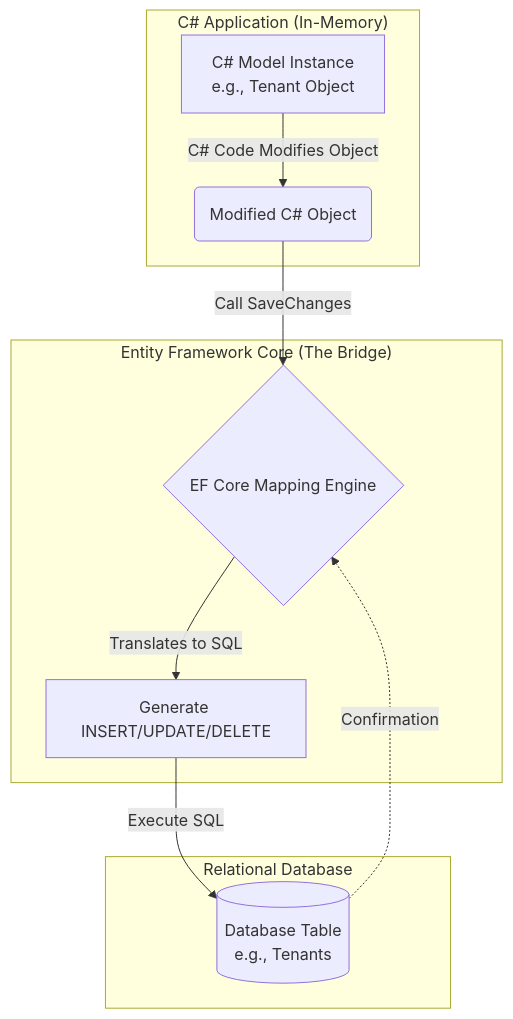
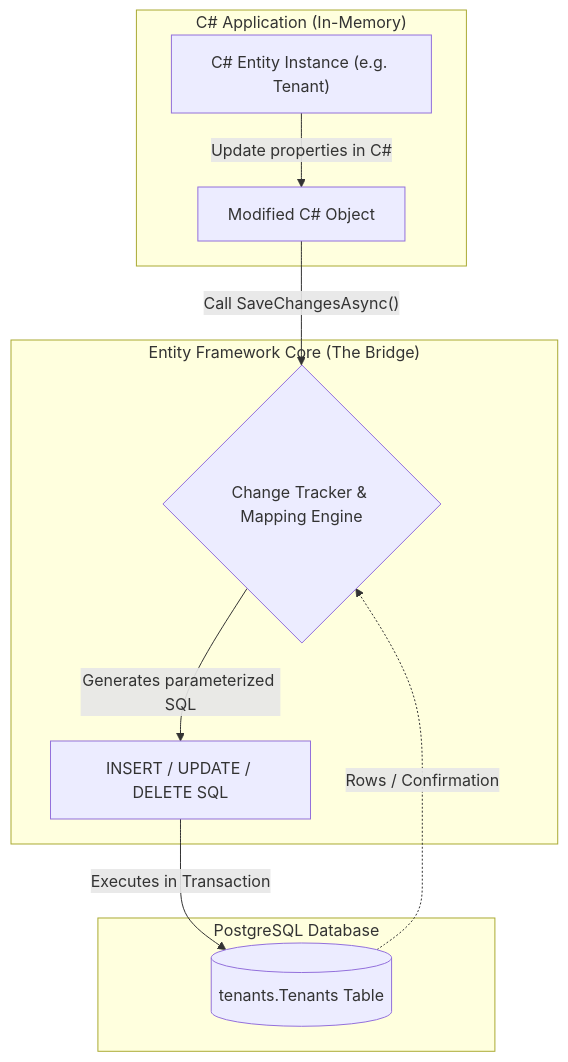
The first of 3 diagrams in EF_Core_Fundamentals/01_Module_1_Introduction.md (primecoderIN/learning-docs), drawn with Mermaid before and after one commit. The commit also changed other lines of this file and 10 other files, not shown here.

````diff
--- a/EF_Core_Fundamentals/01_Module_1_Introduction.md
+++ b/EF_Core_Fundamentals/01_Module_1_Introduction.md
@@ -29,16 +39,16 @@
 ```mermaid
-graph TD
-    subgraph "C# Application (In-Memory)"
-        A[C# Model Instance<br>e.g., Tenant Object] -->|C# Code Modifies Object| B(Modified C# Object)
+flowchart TD
+    subgraph App ["C# Application (In-Memory)"]
+        A["C# Entity Instance (e.g. Tenant)"] -->|"Update properties in C#"| B["Modified C# Object"]
     end
 
-    subgraph "Entity Framework Core (The Bridge)"
-        B -->|Call SaveChanges| C{EF Core Mapping Engine}
-        C -->|Translates to SQL| D[Generate INSERT/UPDATE/DELETE]
+    subgraph EFCore ["Entity Framework Core (The Bridge)"]
+        B -->|"Call SaveChangesAsync()"| C{"Change Tracker & Mapping Engine"}
+        C -->|"Generates parameterized SQL"| D["INSERT / UPDATE / DELETE SQL"]
     end
 
-    subgraph "Relational Database"
-        D -->|Execute SQL| E[(Database Table<br>e.g., Tenants)]
-        E -..->|Confirmation| C
+    subgraph DB ["PostgreSQL Database"]
+        D -->|"Executes in Transaction"| E[("tenants.Tenants Table")]
+        E -.->|"Rows / Confirmation"| C
     end
 ```
````
